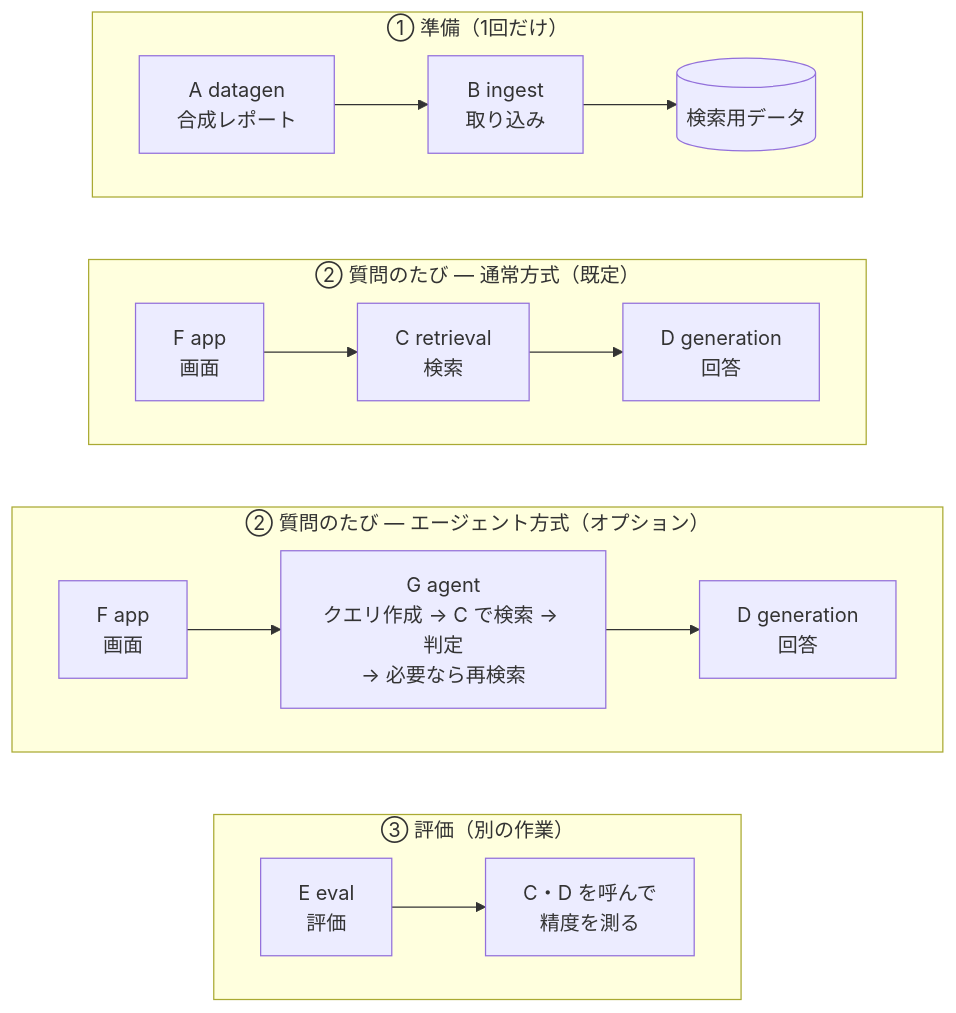
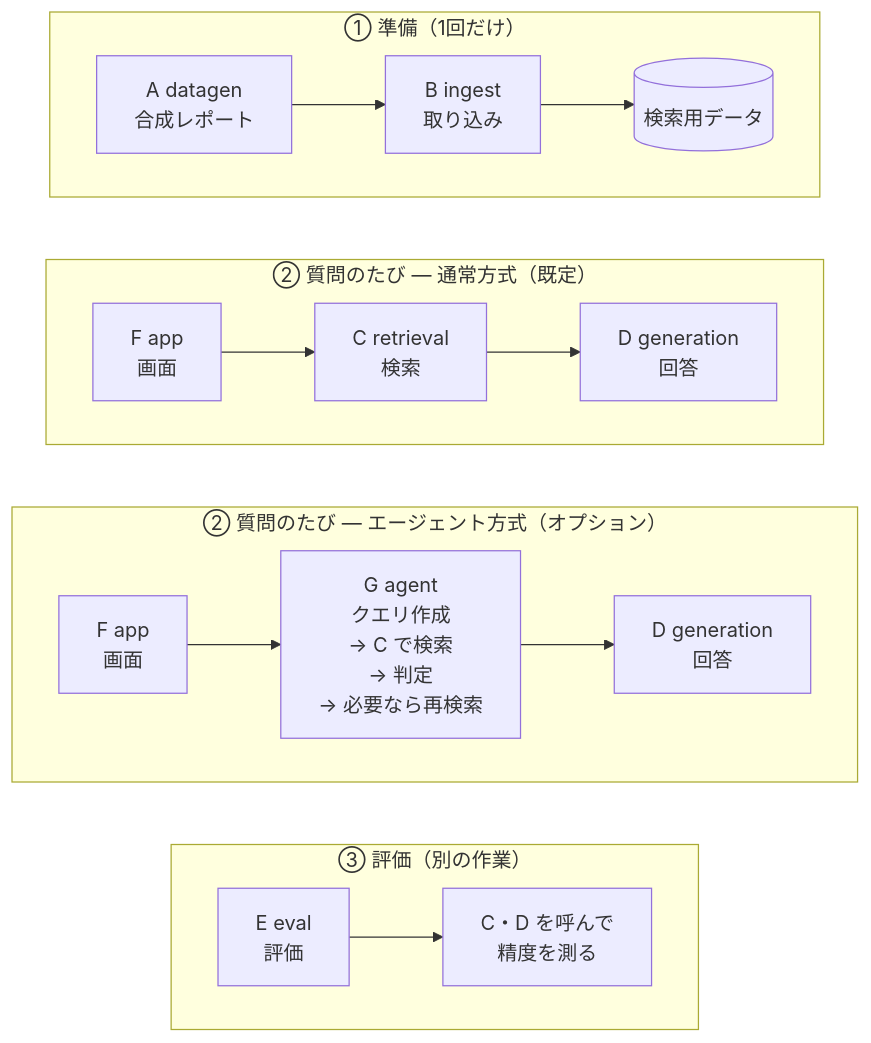
Before and after one commit to satoshi-abe-dev/silo-rag: the first of 3 diagrams in README_ja.md, drawn with Mermaid. The commit also changed 1 other file, not shown here.

Commit message:
Shorten the agent box labels in the architecture picture
On GitHub the Japanese text of the G box was clipped at the box edge because
the rendered font is wider than the one used to size the box. Put each step
on its own short line.

````diff
--- a/README_ja.md
+++ b/README_ja.md
@@ -125,22 +125,22 @@
 ```mermaid
 graph TB
     subgraph prep["① 準備（1回だけ）"]
         direction LR
         A["A datagen<br/>合成レポート"] --> B["B ingest<br/>取り込み"] --> DB[("検索用データ")]
     end
     subgraph plain["② 質問のたび ― 通常方式（既定）"]
         direction LR
         F1["F app<br/>画面"] --> C1["C retrieval<br/>検索"] --> D1["D generation<br/>回答"]
     end
     subgraph agent["② 質問のたび ― エージェント方式（オプション）"]
         direction LR
-        F2["F app<br/>画面"] --> G["G agent<br/>クエリ作成 → C で検索 → 判定<br/>→ 必要なら再検索"] --> D2["D generation<br/>回答"]
+        F2["F app<br/>画面"] --> G["G agent<br/>クエリ作成<br/>→ C で検索<br/>→ 判定<br/>→ 必要なら再検索"] --> D2["D generation<br/>回答"]
     end
     subgraph ev["③ 評価（別の作業）"]
         direction LR
         E["E eval<br/>評価"] --> CD["C・D を呼んで<br/>精度を測る"]
     end
     prep ~~~ plain
     plain ~~~ agent
     agent ~~~ ev
 ```
````
